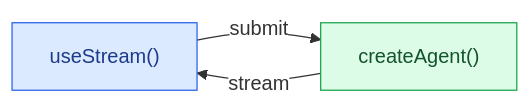
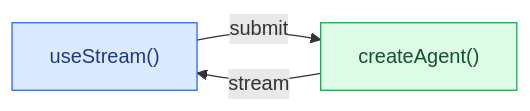
Before and after one commit to langchain-ai/docs: the diagram in src/oss/langchain/frontend/overview.mdx, drawn with Mermaid. The commit also changed other lines of this file, not shown here.

````diff
--- a/src/oss/langchain/frontend/overview.mdx
+++ b/src/oss/langchain/frontend/overview.mdx
@@ -12,22 +12,21 @@
 ```mermaid
 %%{
   init: {
     "fontFamily": "monospace",
     "flowchart": {
       "curve": "curve"
-    },
-    "themeVariables": {"edgeLabelBackground": "#ffffff"}
+    }
   }
 }%%
 graph LR
   FRONTEND["useStream()"]
   BACKEND["createAgent()"]
 
   BACKEND --"stream"--> FRONTEND
   FRONTEND --"submit"--> BACKEND
 
   classDef blueHighlight fill:#DBEAFE,stroke:#2563EB,color:#1E3A8A;
   classDef greenHighlight fill:#DCFCE7,stroke:#16A34A,color:#14532D;
   class FRONTEND blueHighlight;
   class BACKEND greenHighlight;
 ```
````
